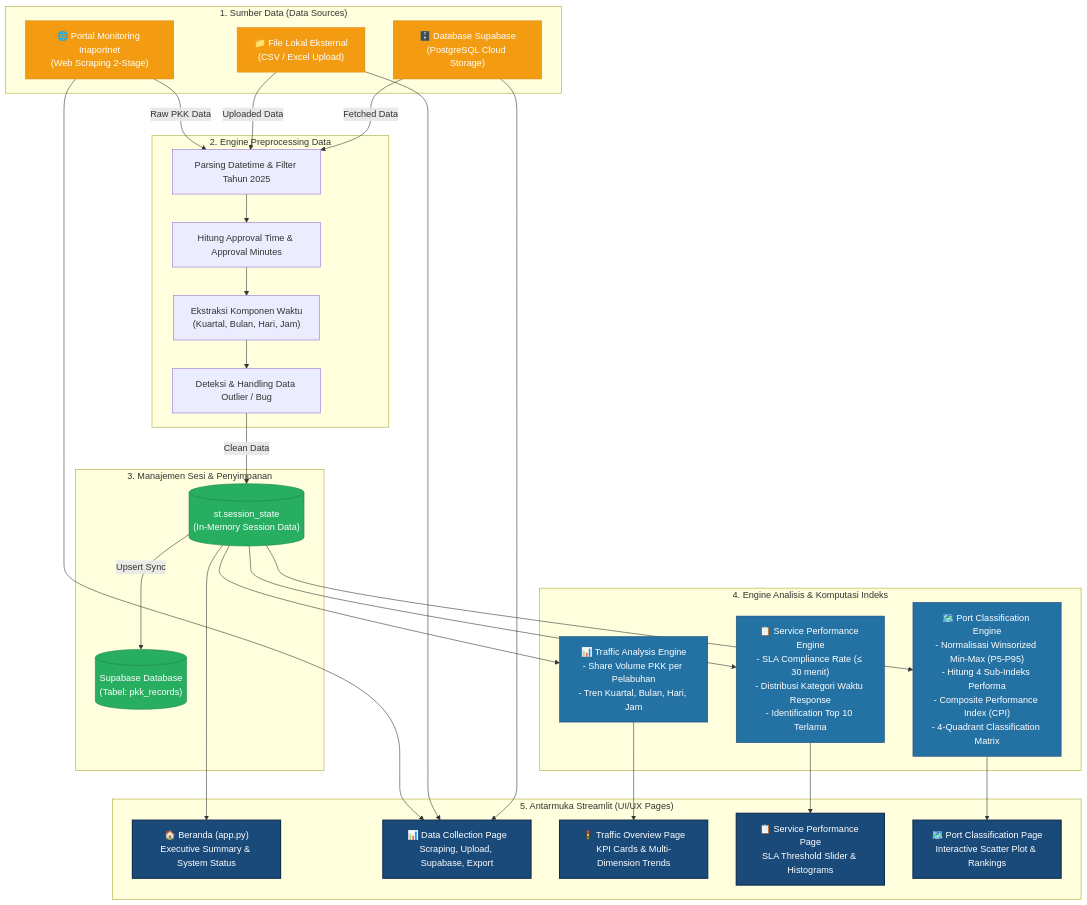
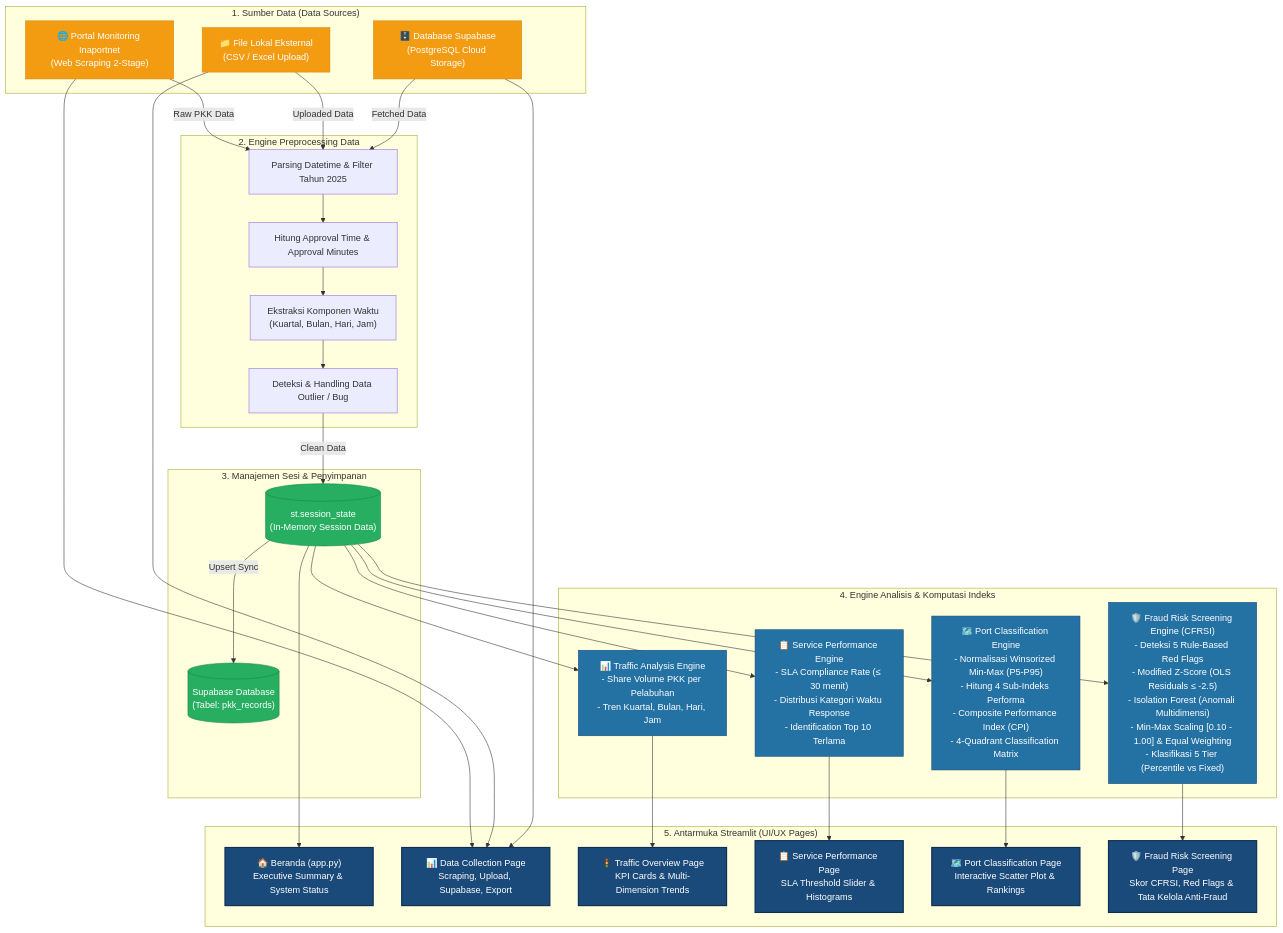
One commit to ekacs/inaportnetAnalytics changed the first of 2 diagrams in workflow.md. Above: the diagram before and after it, drawn with Mermaid. The commit also changed 12 other files, not shown here.

Commit message:
feat: implement CFRSI composite fraud risk screening engine (Wijaya & Setyawan 2026)

````diff
--- a/workflow.md
+++ b/workflow.md
@@ -9,68 +9,72 @@
 ```mermaid
 flowchart TD
     %% Node Sumber Data
     subgraph DataSources ["1. Sumber Data (Data Sources)"]
         A1["🌐 Portal Monitoring Inaportnet<br>(Web Scraping 2-Stage)"]
         A2["📁 File Lokal Eksternal<br>(CSV / Excel Upload)"]
         A3["🗄️ Database Supabase<br>(PostgreSQL Cloud Storage)"]
     end
 
     %% Node Engine Preprocessing
     subgraph PreprocessingEngine ["2. Engine Preprocessing Data"]
         B1["Parsing Datetime & Filter Tahun 2025"]
         B2["Hitung Approval Time & Approval Minutes"]
         B3["Ekstraksi Komponen Waktu<br>(Kuartal, Bulan, Hari, Jam)"]
         B4["Deteksi & Handling Data Outlier / Bug"]
     end
 
     %% Node Session & Storage
     subgraph StorageLayer ["3. Manajemen Sesi & Penyimpanan"]
         C1[("st.session_state<br>(In-Memory Session Data)")]
         C2[("Supabase Database<br>(Tabel: pkk_records)")]
     end
 
     %% Node Analytical Engines
     subgraph AnalyticsEngine ["4. Engine Analisis & Komputasi Indeks"]
         D1["📊 Traffic Analysis Engine<br>- Share Volume PKK per Pelabuhan<br>- Tren Kuartal, Bulan, Hari, Jam"]
         D2["📋 Service Performance Engine<br>- SLA Compliance Rate (≤ 30 menit)<br>- Distribusi Kategori Waktu Response<br>- Identification Top 10 Terlama"]
         D3["🗺️ Port Classification Engine<br>- Normalisasi Winsorized Min-Max (P5-P95)<br>- Hitung 4 Sub-Indeks Performa<br>- Composite Performance Index (CPI)<br>- 4-Quadrant Classification Matrix"]
+        D4["🛡️ Fraud Risk Screening Engine (CFRSI)<br>- Deteksi 5 Rule-Based Red Flags<br>- Modified Z-Score (OLS Residuals ≤ -2.5)<br>- Isolation Forest (Anomali Multidimensi)<br>- Min-Max Scaling [0.10 - 1.00] & Equal Weighting<br>- Klasifikasi 5 Tier (Percentile vs Fixed)"]
     end
 
     %% Node Halaman Interface User
     subgraph UserInterface ["5. Antarmuka Streamlit (UI/UX Pages)"]
         E0["🏠 Beranda (app.py)<br>Executive Summary & System Status"]
         E1["📊 Data Collection Page<br>Scraping, Upload, Supabase, Export"]
         E2["🚦 Traffic Overview Page<br>KPI Cards & Multi-Dimension Trends"]
         E3["📋 Service Performance Page<br>SLA Threshold Slider & Histograms"]
         E4["🗺️ Port Classification Page<br>Interactive Scatter Plot & Rankings"]
+        E5["🛡️ Fraud Risk Screening Page<br>Skor CFRSI, Red Flags & Tata Kelola Anti-Fraud"]
     end
 
     %% Alur Hubungan Data
     A1 -->|Raw PKK Data| B1
     A2 -->|Uploaded Data| B1
     A3 -->|Fetched Data| B1
 
     B1 --> B2 --> B3 --> B4
     B4 -->|Clean Data| C1
     C1 -->|Upsert Sync| C2
 
     C1 --> D1
     C1 --> D2
     C1 --> D3
+    C1 --> D4
 
     D1 --> E2
     D2 --> E3
     D3 --> E4
+    D4 --> E5
     C1 --> E0
     A1 & A2 & A3 --> E1
 
     classDef primary fill:#1a4a7a,color:#fff,stroke:#0f2d52,stroke-width:2px;
     classDef secondary fill:#2471a3,color:#fff,stroke:#1a4a7a,stroke-width:1px;
     classDef accent fill:#f39c12,color:#fff,stroke:#d68910,stroke-width:1px;
     classDef success fill:#27ae60,color:#fff,stroke:#1e8449,stroke-width:1px;
 
-    class E0,E1,E2,E3,E4 primary;
-    class D1,D2,D3 secondary;
+    class E0,E1,E2,E3,E4,E5 primary;
+    class D1,D2,D3,D4 secondary;
     class C1,C2 success;
     class A1,A2,A3 accent;
 ```
````
